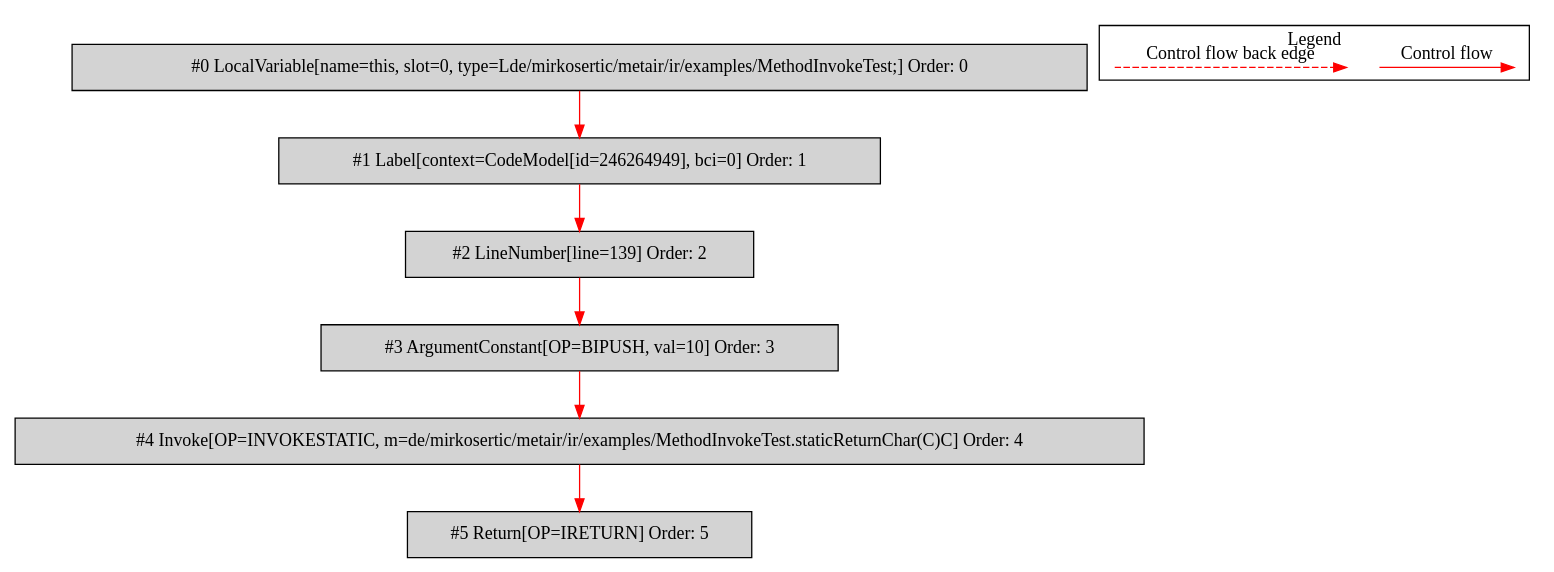
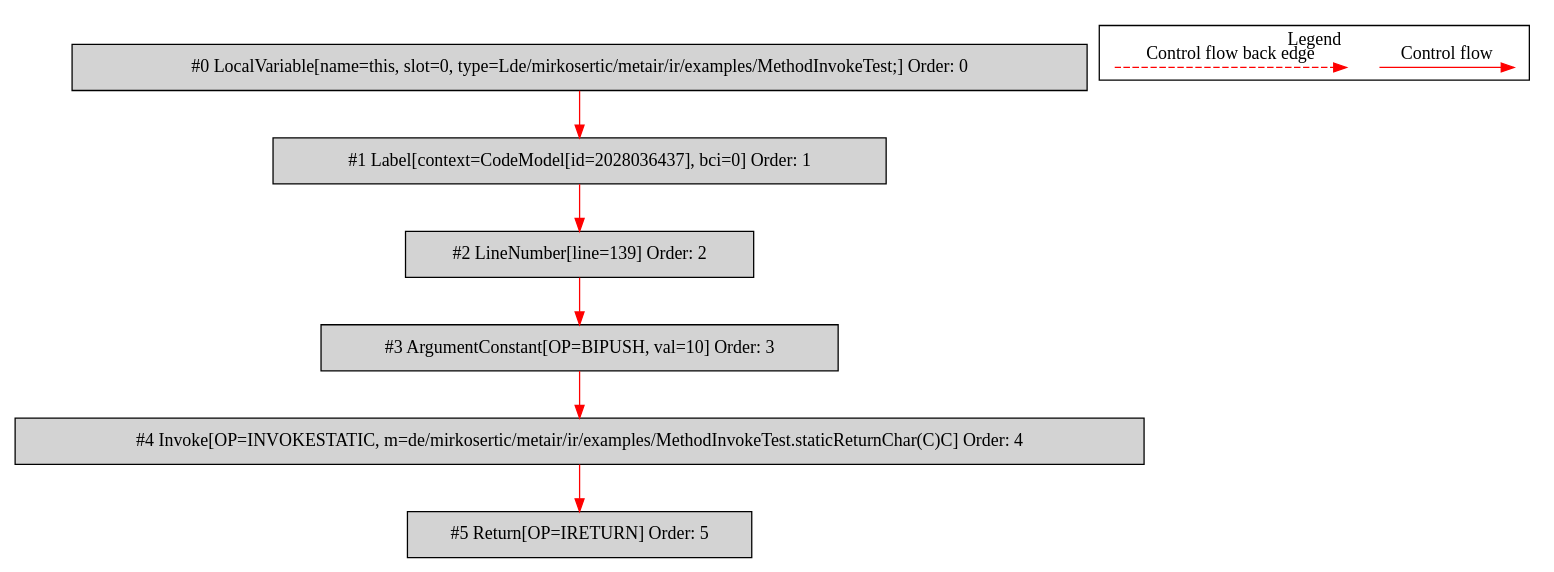
One commit to mirkosertic/MetaIR changed the diagram in de.mirkosertic.metair.ir.examples.MethodInvokeTest/returnChar/bytecodecfg.dot. Above: the diagram before and after it, drawn with Graphviz. The commit also changed 476 other files, not shown here.

```diff
--- a/de.mirkosertic.metair.ir.examples.MethodInvokeTest/returnChar/bytecodecfg.dot
+++ b/de.mirkosertic.metair.ir.examples.MethodInvokeTest/returnChar/bytecodecfg.dot
@@ -1,28 +1,28 @@
 digraph {
  ordering="in";
  node0[label="#0 LocalVariable[name=this, slot=0, type=Lde/mirkosertic/metair/ir/examples/MethodInvokeTest;] Order: 0", shape=box, fillcolor=lightgrey, style=filled];
- node1[label="#1 Label[context=CodeModel[id=246264949], bci=0] Order: 1", shape=box, fillcolor=lightgrey, style=filled];
+ node1[label="#1 Label[context=CodeModel[id=2028036437], bci=0] Order: 1", shape=box, fillcolor=lightgrey, style=filled];
  node2[label="#2 LineNumber[line=139] Order: 2", shape=box, fillcolor=lightgrey, style=filled];
  node3[label="#3 ArgumentConstant[OP=BIPUSH, val=10] Order: 3", shape=box, fillcolor=lightgrey, style=filled];
  node4[label="#4 Invoke[OP=INVOKESTATIC, m=de/mirkosertic/metair/ir/examples/MethodInvokeTest.staticReturnChar(C)C] Order: 4", shape=box, fillcolor=lightgrey, style=filled];
  node5[label="#5 Return[OP=IRETURN] Order: 5", shape=box, fillcolor=lightgrey, style=filled];
  node0 -> node1[color=red];
  node1 -> node2[color=red];
  node2 -> node3[color=red];
  node3 -> node4[color=red];
  node4 -> node5[color=red];
  subgraph cluster_000 {
   label = "Legend";
   node [shape=point]
   {
    rank=same;
    c0 [style = invis];
    c1 [style = invis];
    c2 [style = invis];
    c3 [style = invis];
   }
   c0 -> c1 [label="Control flow", style=solid, color=red]
   c2 -> c3 [label="Control flow back edge", style=dashed, color=red]
  }
 
 }
```
